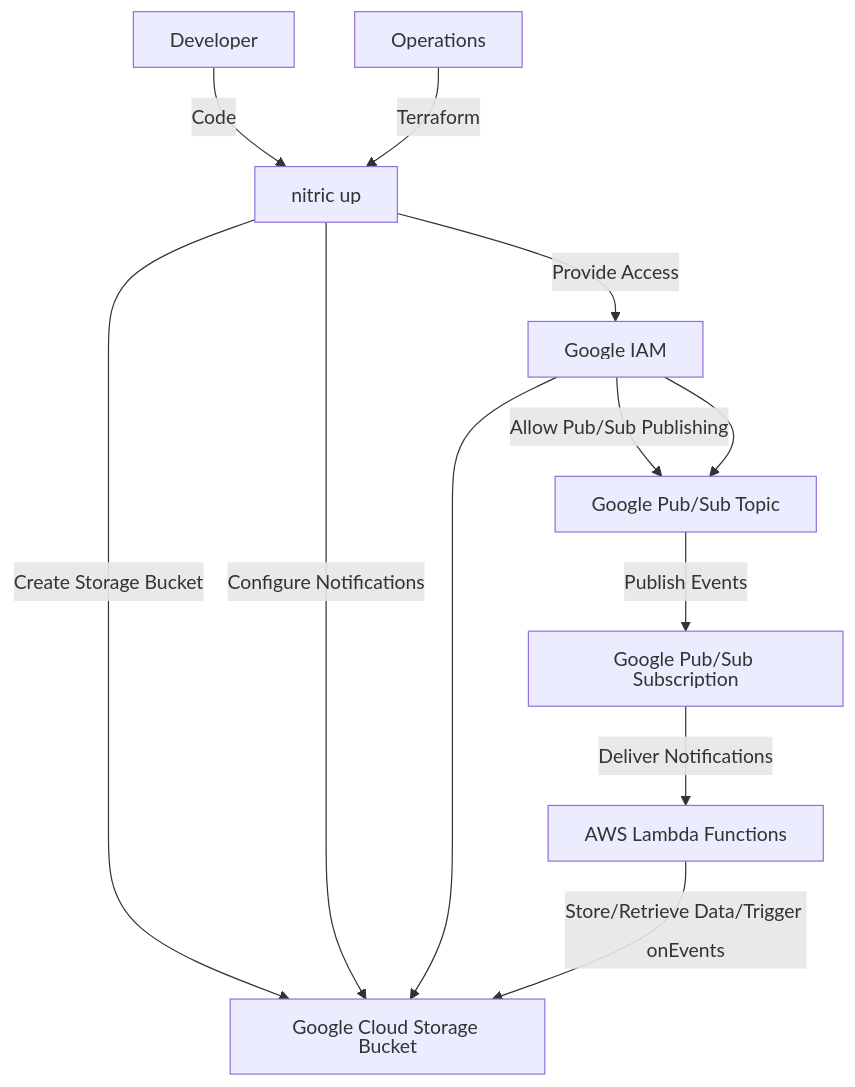
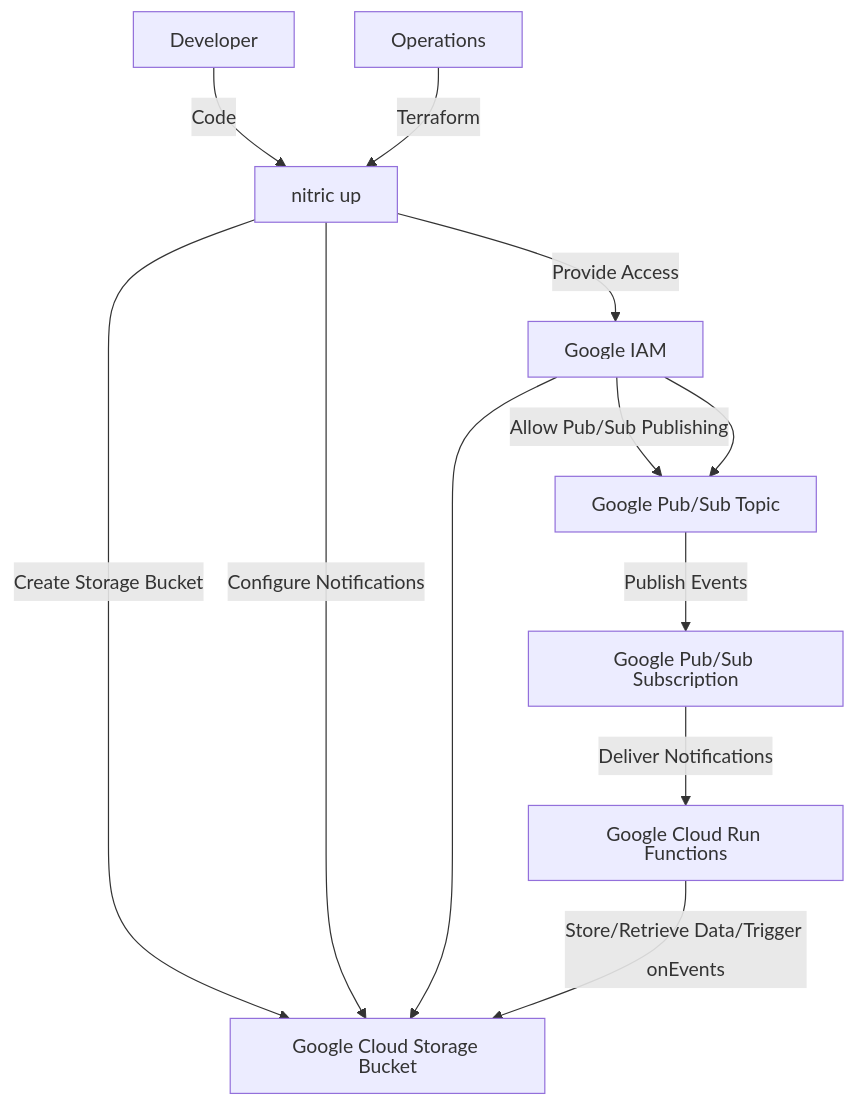
The second of 4 diagrams in docs/architecture/buckets.mdx (nitrictech/docs), drawn with Mermaid before and after one commit. The commit also changed 2 other files, not shown here.

Commit message:
Apply suggestions from code review

````diff
--- a/docs/architecture/buckets.mdx
+++ b/docs/architecture/buckets.mdx
@@ -55,28 +55,28 @@
 ```mermaid
 flowchart TD
     Developer["Developer"]
     Operations["Operations"]
     App["nitric up"]
     GCSBucket["Google Cloud Storage Bucket"]
     PubSubTopic["Google Pub/Sub Topic"]
     PubSubSubscription["Google Pub/Sub Subscription"]
     IAM["Google IAM"]
-    Lambda["AWS Lambda Functions"]
+    CloudRun["Google Cloud Run Functions"]
 
 
     Developer -->|Code| App
     Operations -->|Terraform| App
     App -->|Create Storage Bucket| GCSBucket
     App -->|Configure Notifications| GCSBucket
     IAM -->|Allow Pub/Sub Publishing| PubSubTopic
     PubSubTopic -->|Publish Events| PubSubSubscription
-    PubSubSubscription -->|Deliver Notifications| Lambda
+    PubSubSubscription -->|Deliver Notifications| CloudRun
     App -->|Provide Access| IAM
     IAM -->GCSBucket
     IAM -->PubSubTopic
-    Lambda -->|Store/Retrieve Data/Trigger onEvents| GCSBucket
+    CloudRun -->|Store/Retrieve Data/Trigger onEvents| GCSBucket
 
 
 classDef default line-height:1;
 classDef edgeLabel line-height:2;
 ```
````
